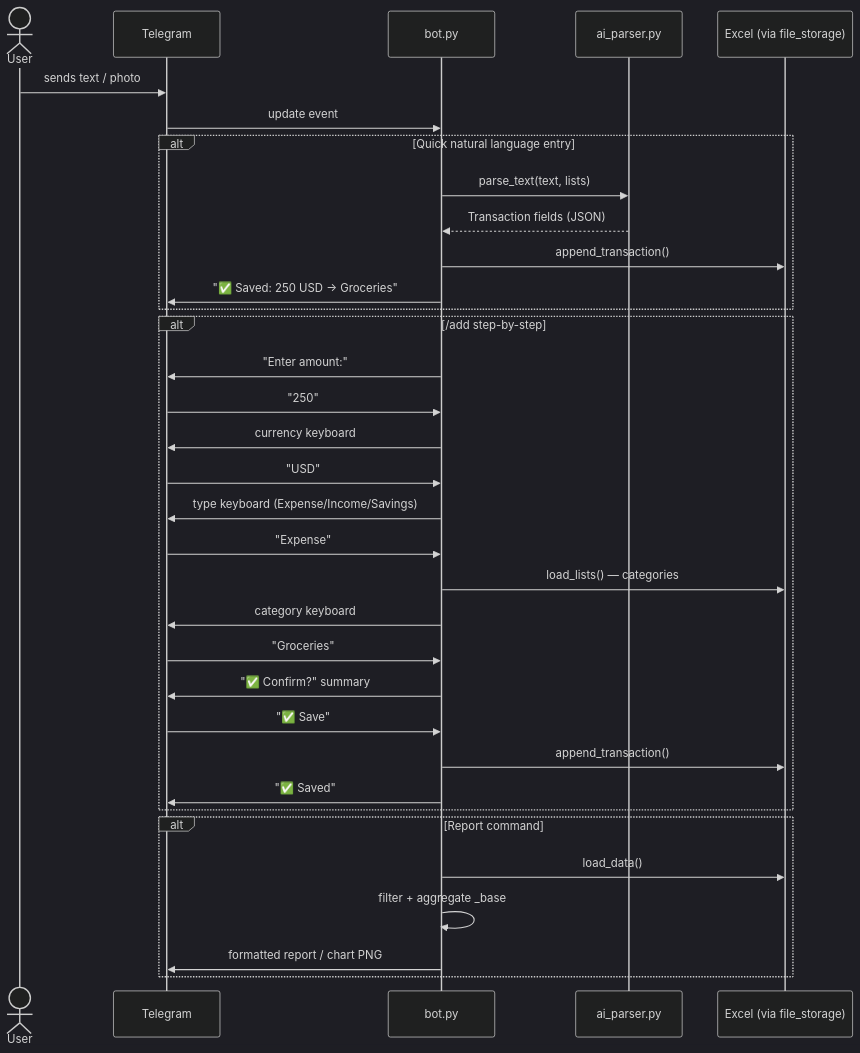
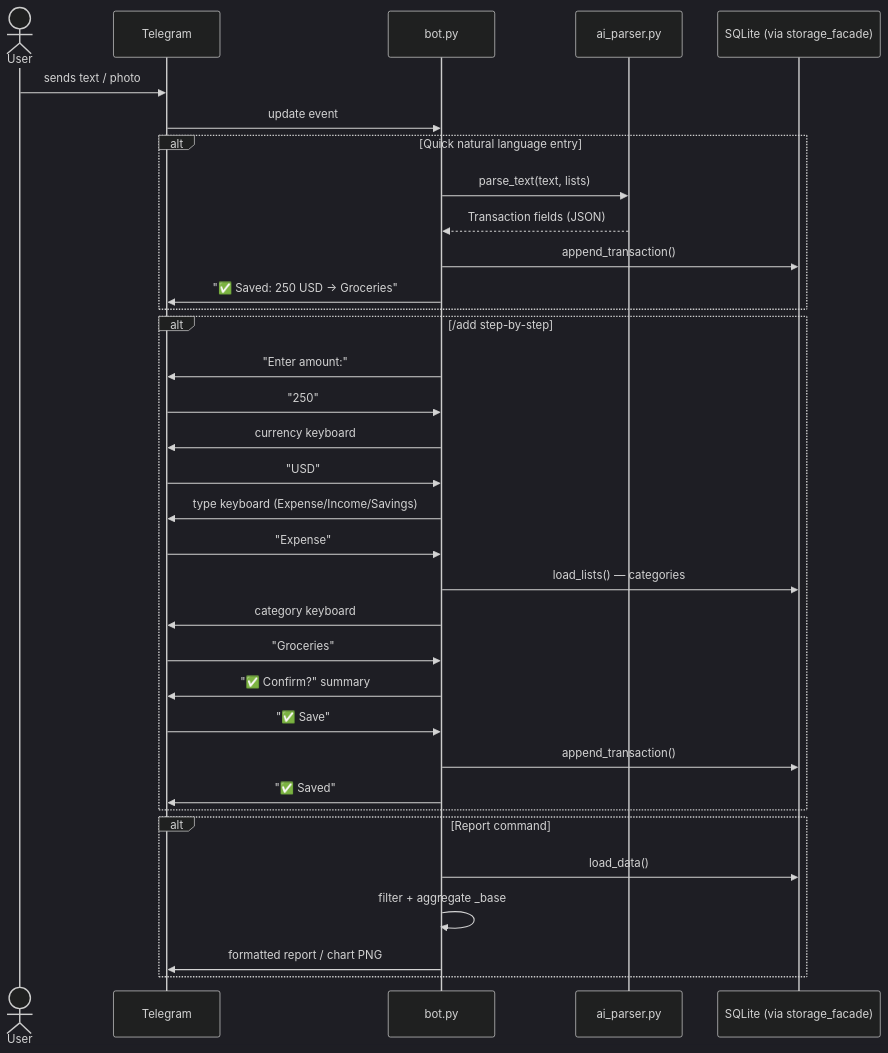
The third of 11 diagrams in docs/architecture.md (TeymurovFuad/family-budget-bot), drawn with Mermaid (dark theme) before and after one commit. The commit also changed other lines of this file and 2 other files, not shown here.

First line of the commit message:
docs: update README, architecture, and BACKLOG for SQLite + web UI (S1/S2) (#103)

````diff
--- a/docs/architecture.md
+++ b/docs/architecture.md
@@ -72,40 +87,40 @@
 ```mermaid
 sequenceDiagram
     actor User
     participant TG as Telegram
     participant Bot as bot.py
     participant AI as ai_parser.py
-    participant Excel as Excel (via file_storage)
+    participant Excel as SQLite (via storage_facade)
 
     User->>TG: sends text / photo
     TG->>Bot: update event
 
     alt Quick natural language entry
         Bot->>AI: parse_text(text, lists)
         AI-->>Bot: Transaction fields (JSON)
         Bot->>Excel: append_transaction()
         Bot->>TG: "✅ Saved: 250 USD → Groceries"
     end
 
     alt /add step-by-step
         Bot->>TG: "Enter amount:"
         TG->>Bot: "250"
         Bot->>TG: currency keyboard
         TG->>Bot: "USD"
         Bot->>TG: type keyboard (Expense/Income/Savings)
         TG->>Bot: "Expense"
         Bot->>Excel: load_lists() — categories
         Bot->>TG: category keyboard
         TG->>Bot: "Groceries"
         Bot->>TG: "✅ Confirm?" summary
         TG->>Bot: "✅ Save"
         Bot->>Excel: append_transaction()
         Bot->>TG: "✅ Saved"
     end
 
     alt Report command
         Bot->>Excel: load_data()
         Bot->>Bot: filter + aggregate _base
         Bot->>TG: formatted report / chart PNG
     end
 ```
````
